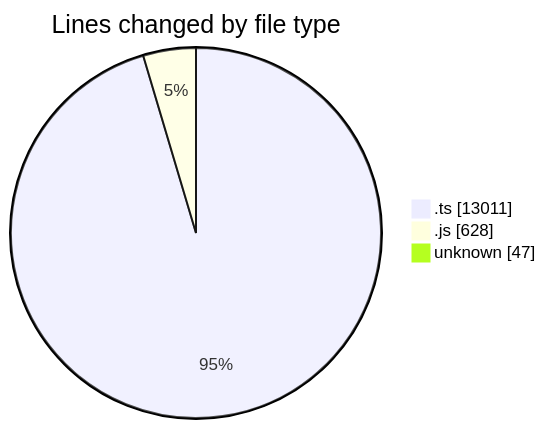
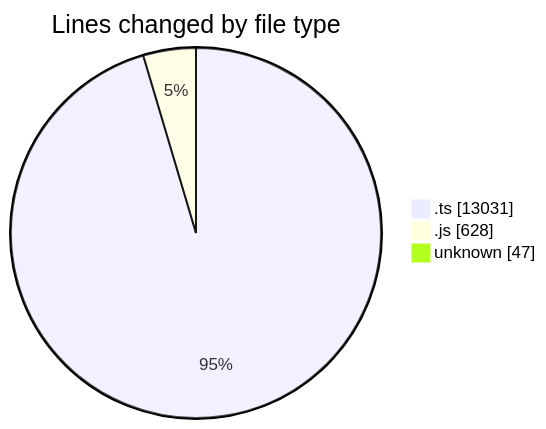
Before and after one commit to momahboobian/code-tracking: the first of 2 diagrams in 2025-09-05/cda/README.md, drawn with Mermaid. The commit also changed other lines of this file and 1 other file, not shown here.

````diff
--- a/2025-09-05/cda/README.md
+++ b/2025-09-05/cda/README.md
@@ -27,7 +27,7 @@
 ```mermaid
 pie showData
 title Lines changed by file type
-".ts" : 13011
+".ts" : 13031
 ".js" : 628
 "unknown" : 47
 ```
````
